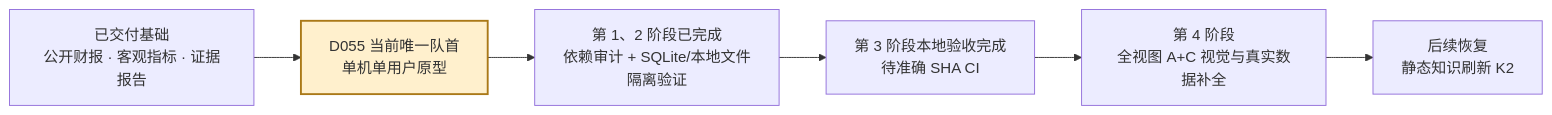
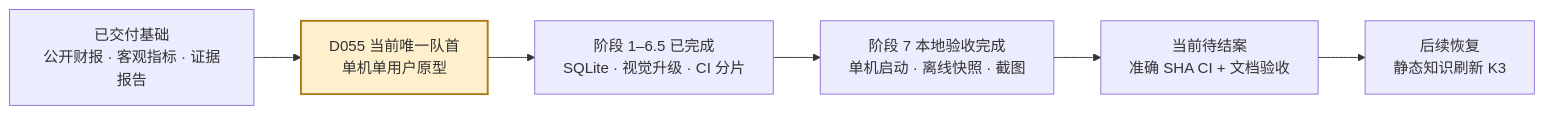
The tenth of 10 diagrams in README.md (davyzhong/FLOW), drawn with Mermaid before and after one commit. The commit also changed other lines of this file and 15 other files, not shown here.

````diff
--- a/README.md
+++ b/README.md
@@ -789,9 +805,9 @@
 ```mermaid
 flowchart LR
     A["已交付基础<br/>公开财报 · 客观指标 · 证据报告"] --> B["D055 当前唯一队首<br/>单机单用户原型"]
-    B --> C["第 1、2 阶段已完成<br/>依赖审计 + SQLite/本地文件隔离验证"]
-    C --> D["第 3 阶段本地验收完成<br/>待准确 SHA CI"]
-    D --> E["第 4 阶段<br/>全视图 A+C 视觉与真实数据补全"]
-    E --> F["后续恢复<br/>静态知识刷新 K2"]
+    B --> C["阶段 1–6.5 已完成<br/>SQLite · 视觉升级 · CI 分片"]
+    C --> D["阶段 7 本地验收完成<br/>单机启动 · 离线快照 · 截图"]
+    D --> E["当前待结案<br/>准确 SHA CI + 文档验收"]
+    E --> F["后续恢复<br/>静态知识刷新 K3"]
     style B fill:#fff0cd,stroke:#aa7918,stroke-width:2px
 ```
````
